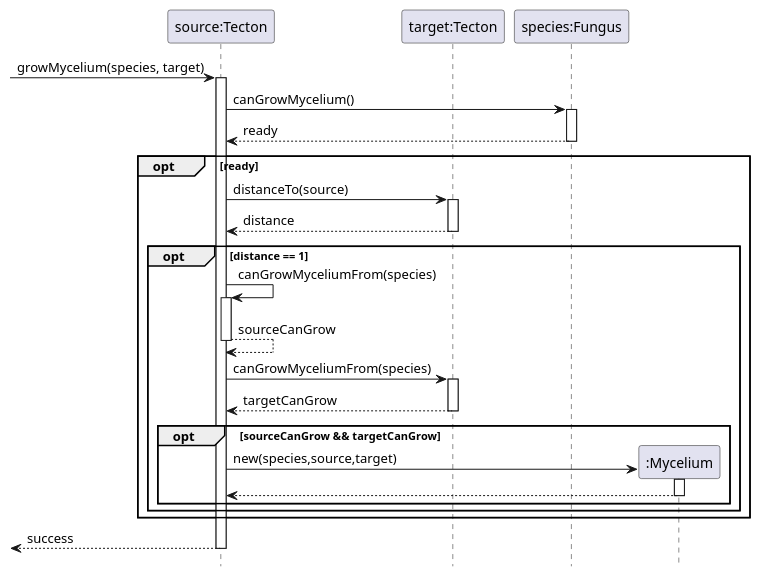
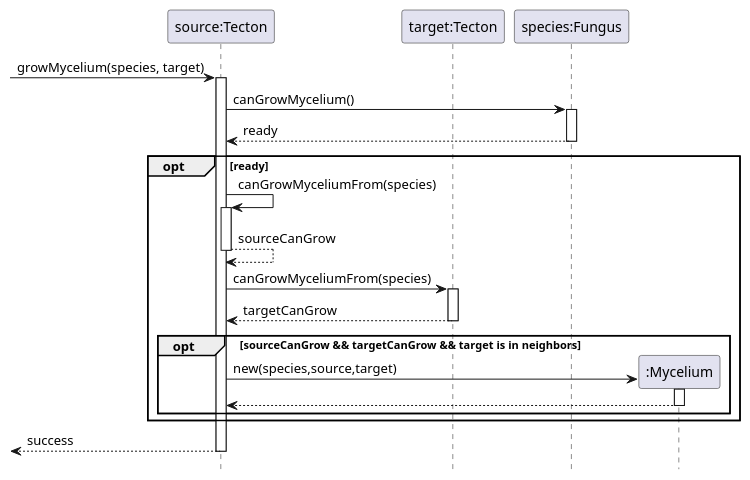
One commit to ZD4ve/projlab-error521 changed the diagram in Mycelium/mycelium-grow.pu. Above: the diagram before and after it, drawn with PlantUML. The commit also changed 3 other files, not shown here.

```diff
--- a/Mycelium/mycelium-grow.pu
+++ b/Mycelium/mycelium-grow.pu
@@ -1,42 +1,34 @@
 @startuml Mycelium/mycelium-grow
 hide footbox
 
 participant "source:Tecton" as source
 participant "target:Tecton" as target
 participant "species:Fungus" as species
 participant ":Mycelium" as mycelium
 
 -> source : growMycelium(species, target)
 activate source
 
 source -> species : canGrowMycelium()
 activate species
 return ready
 opt ready
-    source -> target : distanceTo(source)
+    source -> source : canGrowMyceliumFrom(species)
+    activate source
+    return sourceCanGrow
+    source -> target : canGrowMyceliumFrom(species) 
     activate target
-    return distance
-    'ehelyett nem lehetne csak megnézni h benne van a neighbour listájában a source-nak a target?  úgy  eggyel kevesebb opt lenne
-    opt distance == 1
-    'TODO MIAFASZ'
-        source -> source : canGrowMyceliumFrom(species)
-        activate source
-        return sourceCanGrow
-        source -> target : canGrowMyceliumFrom(species) 
-        activate target
-        return targetCanGrow
-        ' ^check (gombatest or mycelium) and (mycelium species count < limit)
-        ' szerintem itt nem kell egyéb check, az amúgy is belső működés
-        opt sourceCanGrow && targetCanGrow
-            create mycelium
-            source -> mycelium : new(species,source,target)
-            activate mycelium
-            return
-        end
+    return targetCanGrow
+    ' ^check in implementation: (gombatest or mycelium) and (mycelium species count < limit)
+    opt sourceCanGrow && targetCanGrow && target is in neighbors
+        create mycelium
+        source -> mycelium : new(species,source,target)
+        activate mycelium
+        return
     end
 end
 <-- source : success
 deactivate source
 
 
 @enduml
```
